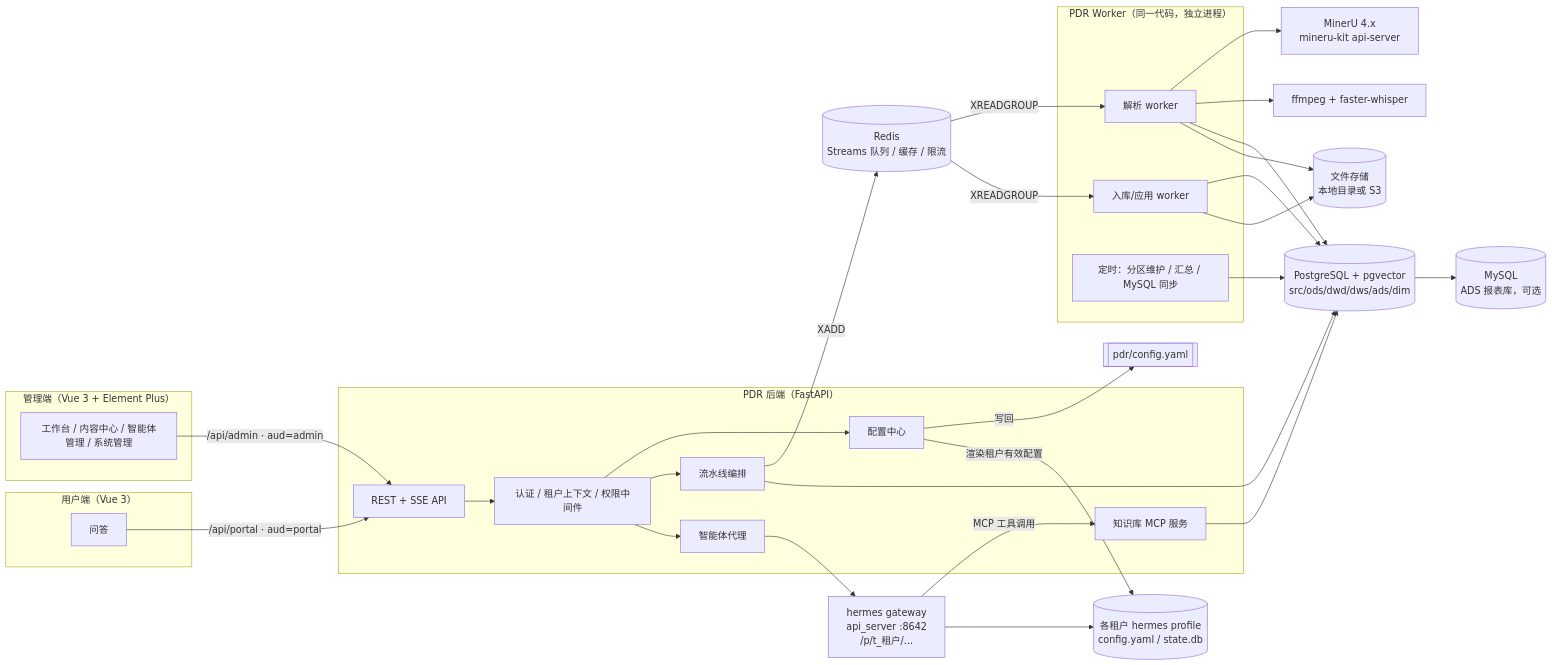
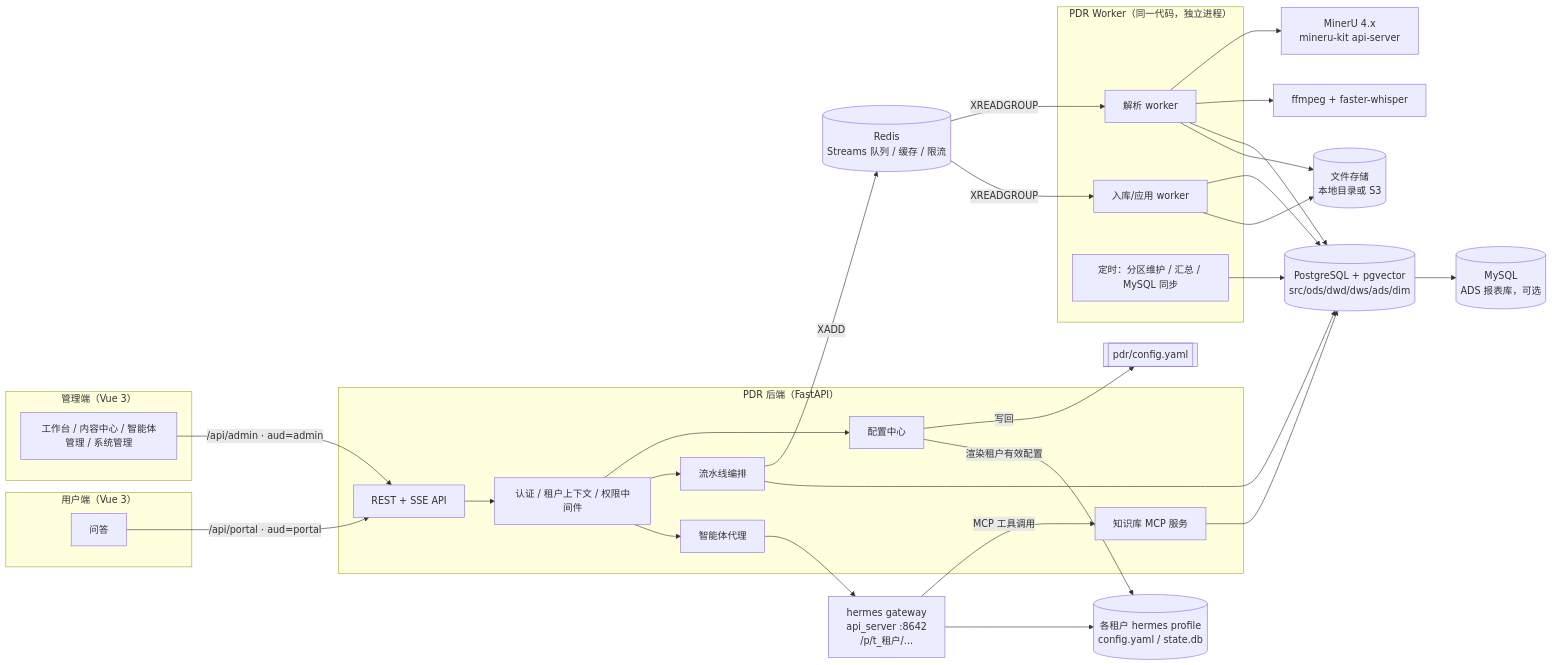
The first of 3 diagrams in pdr/docs/01-架构设计.md (NousResearch/hermes-agent), drawn with Mermaid before and after one commit. The commit also changed other lines of this file and 56 other files, not shown here.

First line of the commit message:
pdr admin: Vue 3 admin console with role-based menus, built-in demo data

````diff
--- a/pdr/docs/01-架构设计.md
+++ b/pdr/docs/01-架构设计.md
@@ -48,44 +48,44 @@
 ```mermaid
 flowchart LR
-  subgraph Admin["管理端（Vue 3 + Element Plus）"]
+  subgraph Admin["管理端（Vue 3）"]
     UI[工作台 / 内容中心 / 智能体管理 / 系统管理]
   end
   subgraph Portal["用户端（Vue 3）"]
     QA[问答]
   end
   subgraph PDR["PDR 后端（FastAPI）"]
     API[REST + SSE API]
     MW[认证 / 租户上下文 / 权限中间件]
     CFG[配置中心]
     PIPE[流水线编排]
     PROXY[智能体代理]
     MCP[知识库 MCP 服务]
   end
   subgraph Workers["PDR Worker（同一代码，独立进程）"]
     W1[解析 worker]
     W2[入库/应用 worker]
     W3[定时：分区维护 / 汇总 / MySQL 同步]
   end
   PG[(PostgreSQL + pgvector<br/>src/ods/dwd/dws/ads/dim)]
   MY[(MySQL<br/>ADS 报表库，可选)]
   RD[(Redis<br/>Streams 队列 / 缓存 / 限流)]
   FS[(文件存储<br/>本地目录或 S3)]
   MU[MinerU 4.x<br/>mineru-kit api-server]
   FF[ffmpeg + faster-whisper]
   HG[hermes gateway<br/>api_server :8642<br/>/p/t_租户/...]
   HP[(各租户 hermes profile<br/>config.yaml / state.db)]
 
   UI -->|/api/admin · aud=admin| API --> MW
   QA -->|/api/portal · aud=portal| API
   MW --> CFG & PIPE & PROXY
   CFG -->|写回| YAML[[pdr/config.yaml]]
   CFG -->|渲染租户有效配置| HP
   PIPE -->|XADD| RD
   RD -->|XREADGROUP| W1 & W2
   W1 --> MU & FF
   W1 & W2 & PIPE --> PG
   W1 & W2 --> FS
   W3 --> PG --> MY
   PROXY --> HG --> HP
   HG -->|MCP 工具调用| MCP --> PG
 ```
````
